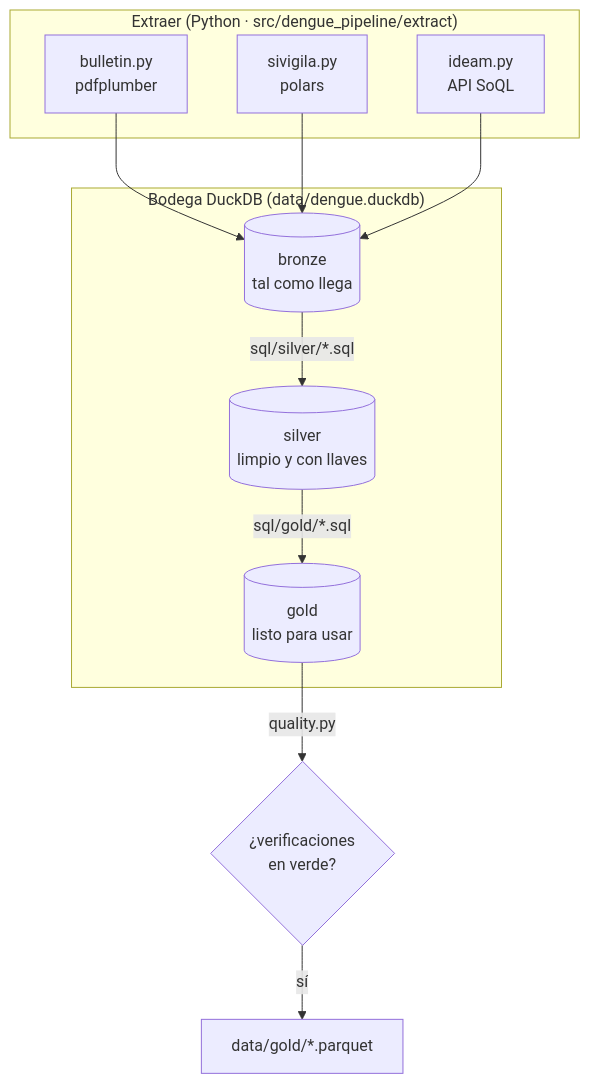
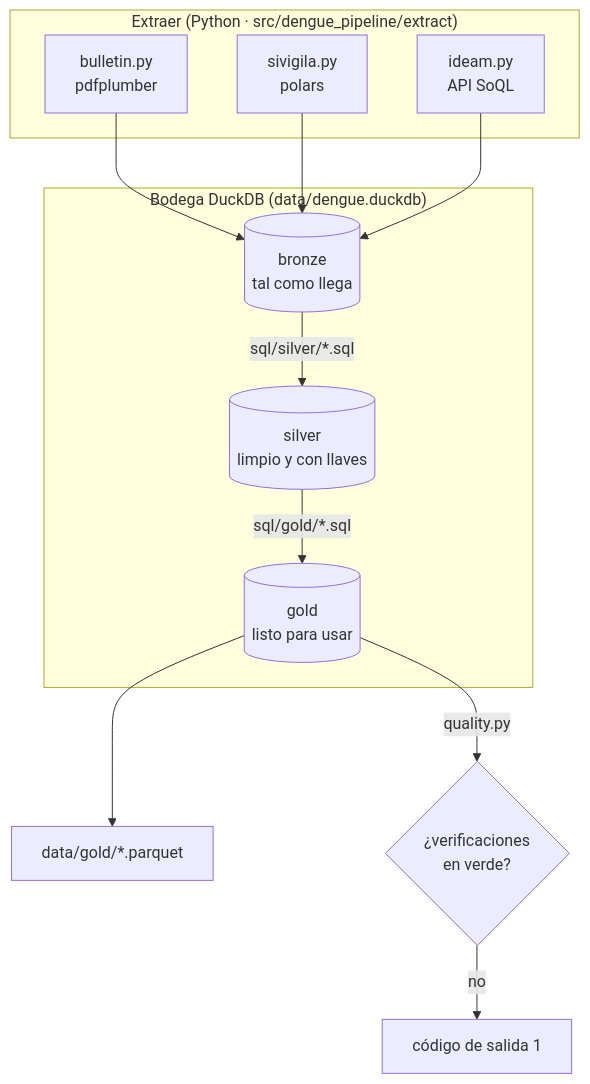
One commit to davidvanegas2/dengue-pipeline changed the diagram in docs/arquitectura.md. Above: the diagram before and after it, drawn with Mermaid. The commit also changed 20 other files, not shown here.

````diff
--- a/docs/arquitectura.md
+++ b/docs/arquitectura.md
@@ -5,20 +5,21 @@
 ```mermaid
 flowchart TB
   subgraph Extraer["Extraer (Python · src/dengue_pipeline/extract)"]
     A["bulletin.py<br/>pdfplumber"]
     S["sivigila.py<br/>polars"]
     I["ideam.py<br/>API SoQL"]
   end
   subgraph Bodega["Bodega DuckDB (data/dengue.duckdb)"]
     B[("bronze<br/>tal como llega")]
     P[("silver<br/>limpio y con llaves")]
     O[("gold<br/>listo para usar")]
   end
   A --> B
   S --> B
   I --> B
   B -- "sql/silver/*.sql" --> P
   P -- "sql/gold/*.sql" --> O
+  O --> E["data/gold/*.parquet"]
   O -- "quality.py" --> V{"¿verificaciones<br/>en verde?"}
-  V -- sí --> E["data/gold/*.parquet"]
+  V -- no --> X["código de salida 1"]
 ```
````
